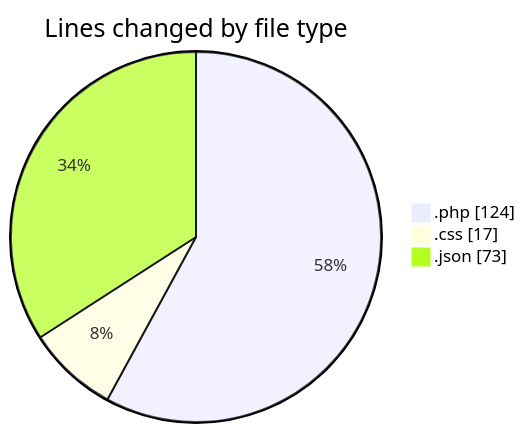
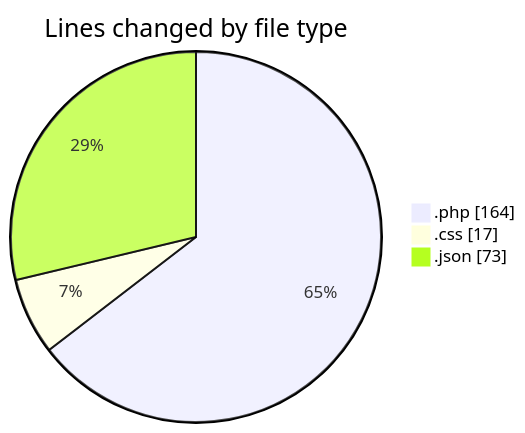
One commit to momahboobian/code-tracking changed the first of 2 diagrams in 2026-03-20/newspaper-child/README.md. Above: the diagram before and after it, drawn with Mermaid. The commit also changed other lines of this file and 1 other file, not shown here.

````diff
--- a/2026-03-20/newspaper-child/README.md
+++ b/2026-03-20/newspaper-child/README.md
@@ -24,7 +25,7 @@
 ```mermaid
 pie showData
 title Lines changed by file type
-".php" : 124
+".php" : 164
 ".css" : 17
 ".json" : 73
 ```
````
